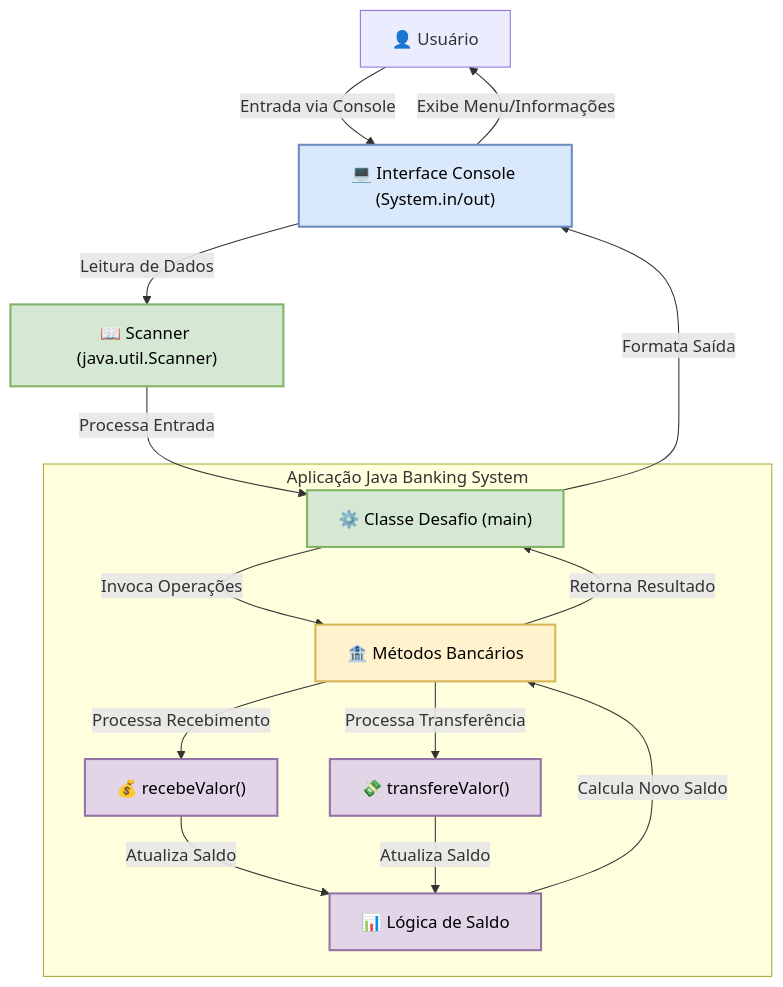
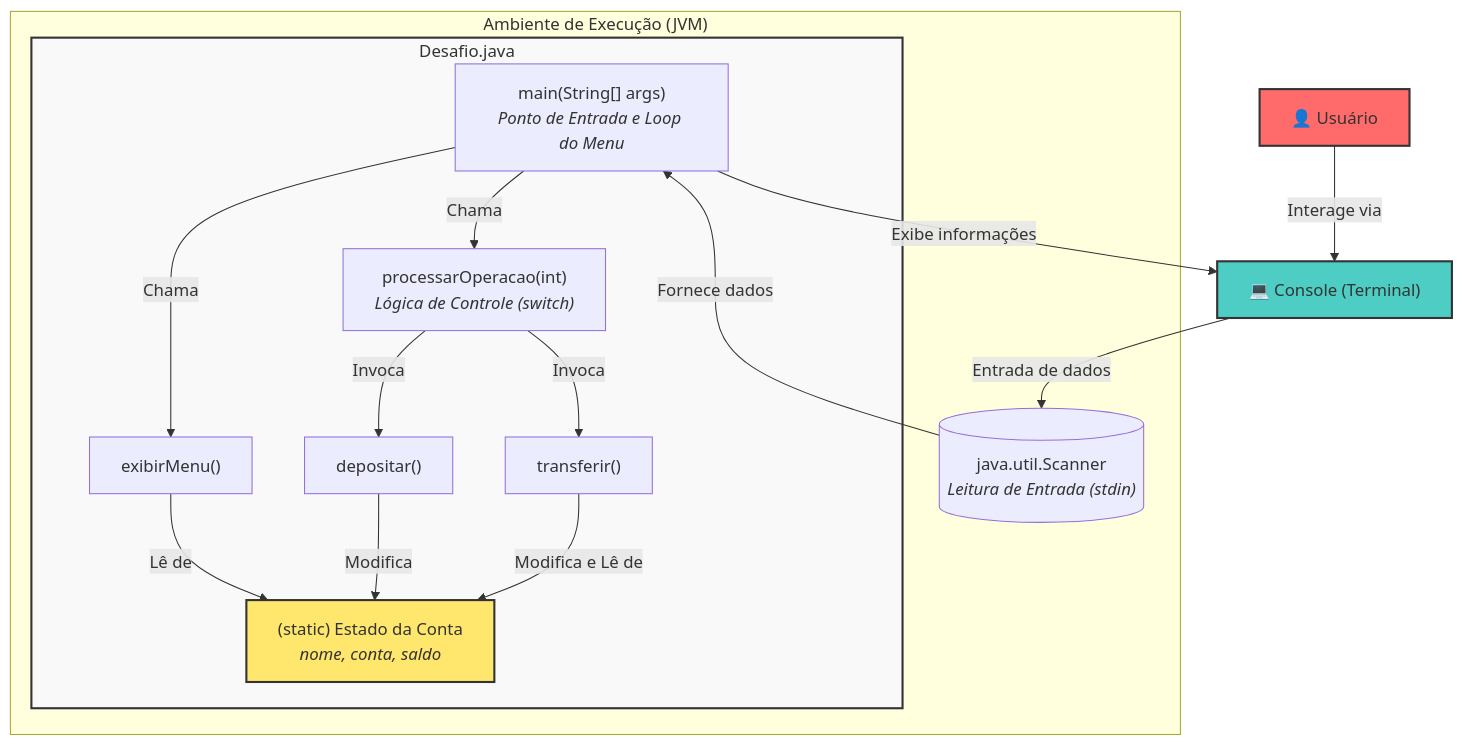
Before and after one commit to ESousa97/DesafioJava1: the diagram in README.md, drawn with Mermaid. The commit also changed other lines of this file and 1 other file, not shown here.

````diff
--- a/README.md
+++ b/README.md
@@ -63,28 +57,33 @@
 ```mermaid
 graph TD
-    Usuario["👤 Usuário"] -- "Entrada via Console" --> ConsoleInterface["💻 Interface Console (System.in/out)"]
-    ConsoleInterface -- "Leitura de Dados" --> Scanner["📖 Scanner (java.util.Scanner)"]
-    Scanner -- "Processa Entrada" --> MainClass["⚙️ Classe Desafio (main)"]
+    subgraph "Ambiente de Execução (JVM)"
+        subgraph "Desafio.java"
+            A["main(String[] args)<br><i>Ponto de Entrada e Loop do Menu</i>"]
+            B["exibirMenu()"]
+            C["processarOperacao(int)<br><i>Lógica de Controle (switch)</i>"]
+            D["depositar()"]
+            E["transferir()"]
+            F["(static) Estado da Conta<br><i>nome, conta, saldo</i>"]
+        end
+        G[("java.util.Scanner<br><i>Leitura de Entrada (stdin)</i>")]
+    end
+
+    User["👤 Usuário"] -- Interage via --> Console["💻 Console (Terminal)"]
+    Console -- Entrada de dados --> G
+    G -- Fornece dados --> A
+    A -- Exibe informações --> Console
+    A -- Chama --> B
+    A -- Chama --> C
     
-    subgraph "Aplicação Java Banking System"
-        MainClass -- "Invoca Operações" --> BankingMethods["🏦 Métodos Bancários"]
-        BankingMethods -- "Processa Recebimento" --> RecebeValor["💰 recebeValor()"]
-        BankingMethods -- "Processa Transferência" --> TransfereValor["💸 transfereValor()"]
-        RecebeValor -- "Atualiza Saldo" --> SaldoLogic["📊 Lógica de Saldo"]
-        TransfereValor -- "Atualiza Saldo" --> SaldoLogic
-        SaldoLogic -- "Calcula Novo Saldo" --> BankingMethods
-    end
+    C -- Invoca --> D
+    C -- Invoca --> E
+
+    B -- Lê de --> F
+    D -- Modifica --> F
+    E -- Modifica e Lê de --> F
     
-    BankingMethods -- "Retorna Resultado" --> MainClass
-    MainClass -- "Formata Saída" --> ConsoleInterface
-    ConsoleInterface -- "Exibe Menu/Informações" --> Usuario
-
-    %% Estilos para diferentes camadas
-    style ConsoleInterface fill:#DAE8FC,stroke:#6C8EBF,stroke-width:2px,color:#000
-    style Scanner fill:#D5E8D4,stroke:#82B366,stroke-width:2px,color:#000
-    style MainClass fill:#D5E8D4,stroke:#82B366,stroke-width:2px,color:#000
-    style BankingMethods fill:#FFF2CC,stroke:#D6B656,stroke-width:2px,color:#000
-    style RecebeValor fill:#E1D5E7,stroke:#9673A6,stroke-width:2px,color:#000
-    style TransfereValor fill:#E1D5E7,stroke:#9673A6,stroke-width:2px,color:#000
-    style SaldoLogic fill:#E1D5E7,stroke:#9673A6,stroke-width:2px,color:#000
+    style User fill:#FF6B6B,stroke:#333,stroke-width:2px
+    style Console fill:#4ECDC4,stroke:#333,stroke-width:2px
+    style Desafio.java fill:#f9f9f9,stroke:#333,stroke-width:2px,color:#333
+    style F fill:#FFE66D,stroke:#333,stroke-width:2px
 ```
````
